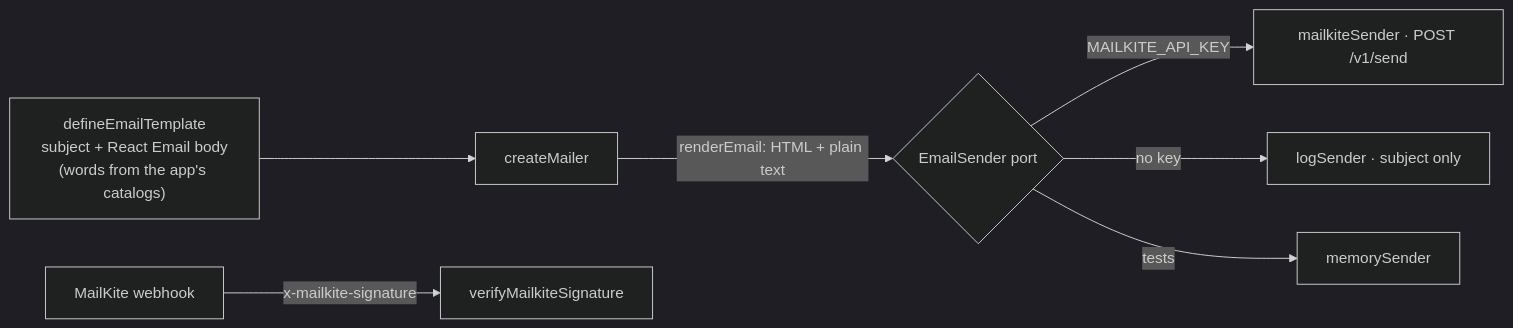
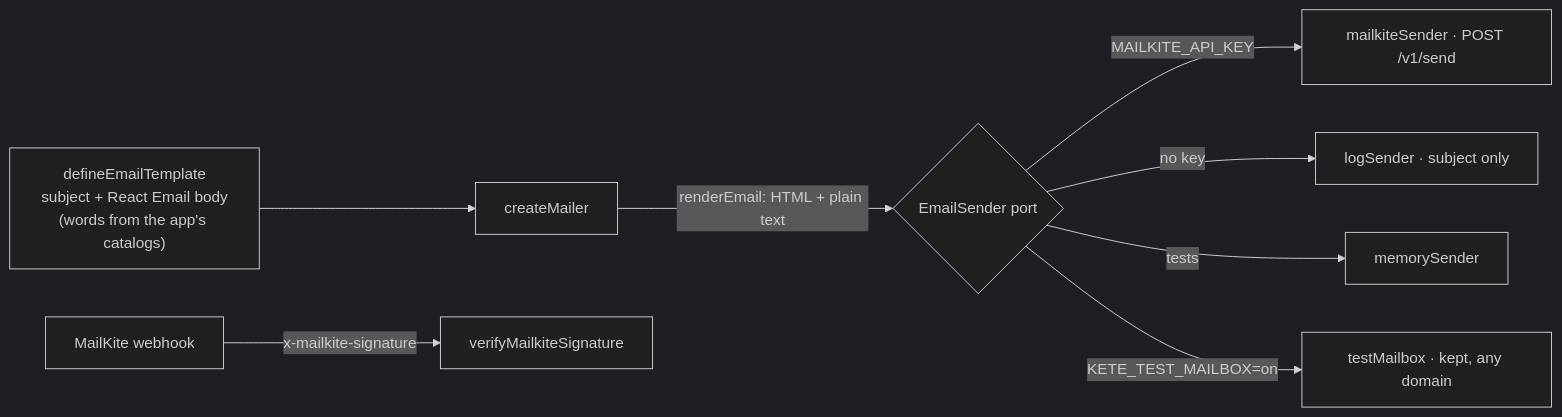
One commit to kete-africa/kete-core changed the first of 4 diagrams in packages/notify/README.md. Above: the diagram before and after it, drawn with Mermaid (dark theme). The commit also changed other lines of this file and 17 other files, not shown here.

First line of the commit message:
feat(notify, account): the test mailbox, e-mails to any domain kept on staging (spec 132)

````diff
--- a/packages/notify/README.md
+++ b/packages/notify/README.md
@@ -8,9 +8,10 @@
 ```mermaid
 flowchart LR
     T["defineEmailTemplate<br/>subject + React Email body<br/>(words from the app's catalogs)"] --> M[createMailer]
     M -->|renderEmail: HTML + plain text| S{EmailSender port}
     S -->|MAILKITE_API_KEY| MK[mailkiteSender · POST /v1/send]
     S -->|no key| LOG[logSender · subject only]
     S -->|tests| MEM[memorySender]
+    S -->|KETE_TEST_MAILBOX=on| TB[testMailbox · kept, any domain]
     WH[MailKite webhook] -->|x-mailkite-signature| V[verifyMailkiteSignature]
 ```
````
